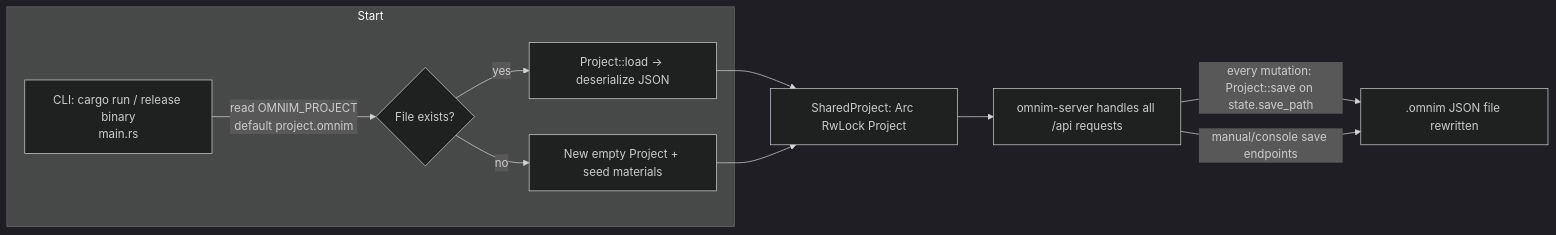
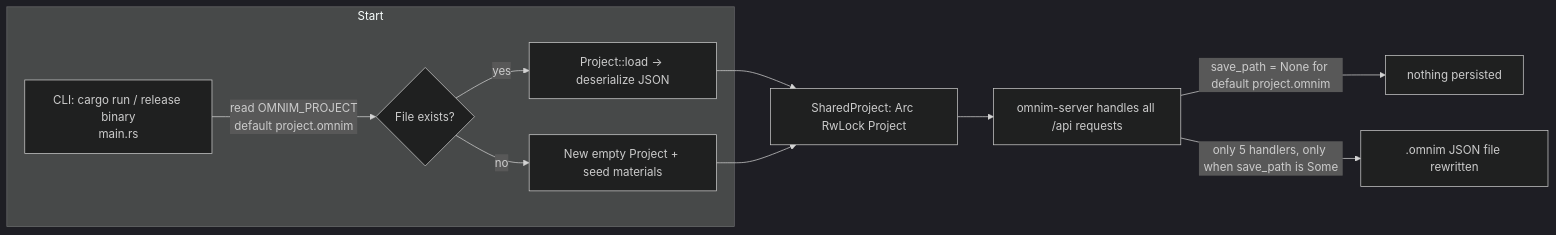
One commit to ronekyng/OmniM changed the fifth of 5 diagrams in docs/architecture/DATA_FLOW.md. Above: the diagram before and after it, drawn with Mermaid (dark theme). The commit also changed other lines of this file and 74 other files, not shown here.

````diff
--- a/docs/architecture/DATA_FLOW.md
+++ b/docs/architecture/DATA_FLOW.md
@@ -198,13 +220,13 @@
 ```mermaid
 flowchart LR
     subgraph Start
         A[CLI: cargo run / release binary<br/>main.rs] -->|read OMNIM_PROJECT<br/>default project.omnim| B{File exists?}
         B -->|yes| C[Project::load → deserialize JSON]
         B -->|no| D[New empty Project + seed materials]
     end
     C --> E[SharedProject: Arc RwLock Project]
     D --> E
     E --> F[omnim-server handles all /api requests]
-    F -->|every mutation: Project::save on state.save_path| G[.omnim JSON file rewritten]
-    F -->|manual/console save endpoints| G
+    F -->|save_path = None for default project.omnim| X[nothing persisted]
+    F -->|only 5 handlers, only when save_path is Some| G[.omnim JSON file rewritten]
 ```
````
